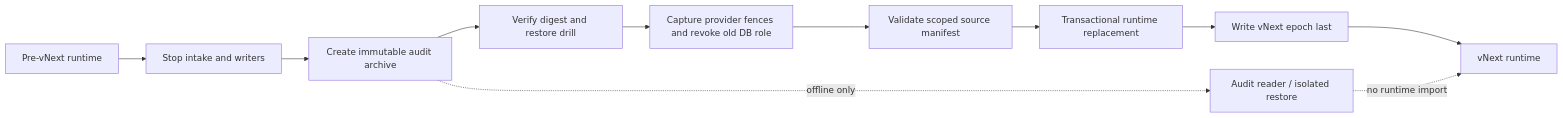
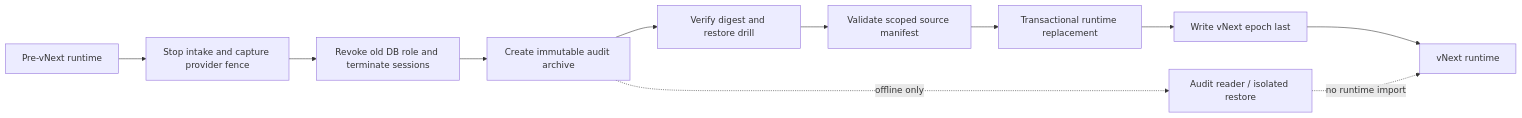
The diagram in docs/workflow-vnext-cutover-rfc.md (majiayu000/harness), drawn with Mermaid before and after one commit. The commit also changed other lines of this file and 3 other files, not shown here.

First line of the commit message:
docs(workflow): address architecture review gaps

````diff
--- a/docs/workflow-vnext-cutover-rfc.md
+++ b/docs/workflow-vnext-cutover-rfc.md
@@ -52,13 +51,13 @@
 ```mermaid
 flowchart LR
-    Old[Pre-vNext runtime] --> Stop[Stop intake and writers]
-    Stop --> Export[Create immutable audit archive]
+    Old[Pre-vNext runtime] --> Stop[Stop intake and capture provider fence]
+    Stop --> Fence[Revoke old DB role and terminate sessions]
+    Fence --> Export[Create immutable audit archive]
     Export --> Verify[Verify digest and restore drill]
-    Verify --> Fence[Capture provider fences and revoke old DB role]
-    Fence --> Manifest[Validate scoped source manifest]
+    Verify --> Manifest[Validate scoped source manifest]
     Manifest --> Replace[Transactional runtime replacement]
     Replace --> Epoch[Write vNext epoch last]
     Epoch --> New[vNext runtime]
     Export -. offline only .-> Audit[Audit reader / isolated restore]
     Audit -. no runtime import .-> New
 ```
````
